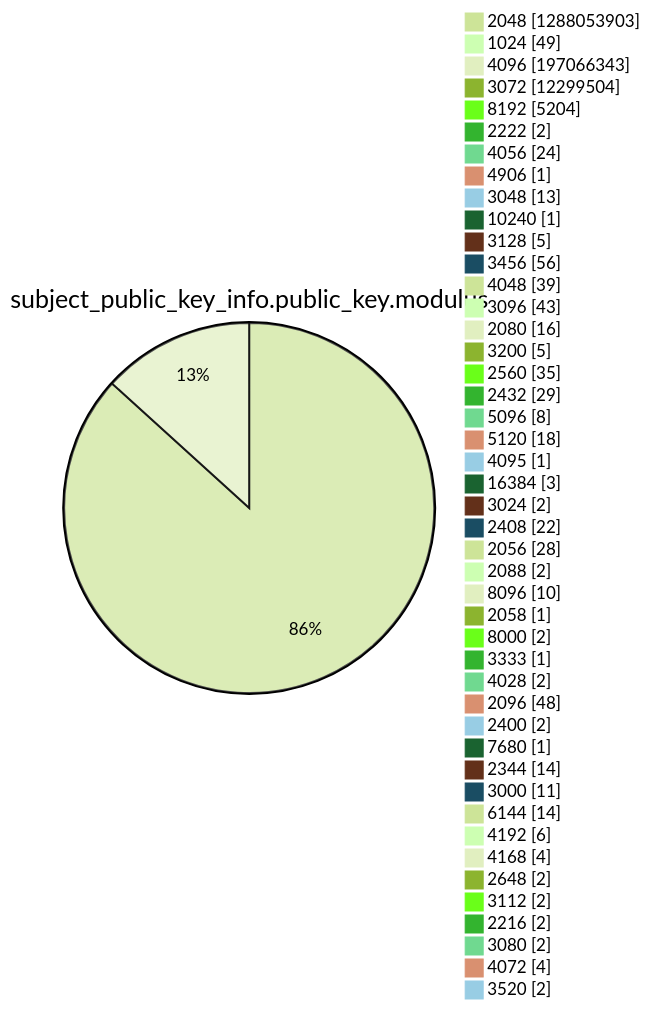
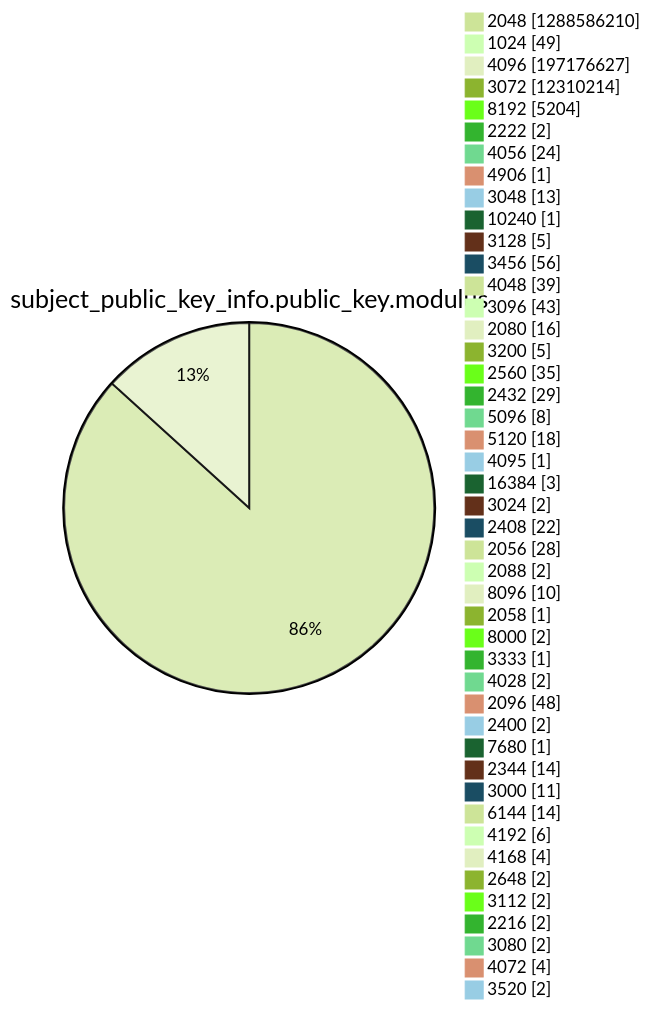
One commit to christiankrug/ctmonitor_visualization changed diagram 13 of 15 in xenon2022/README.md. Above: the diagram before and after it, drawn with Mermaid (forest theme). The commit also changed other lines of this file, not shown here.

````diff
--- a/xenon2022/README.md
+++ b/xenon2022/README.md
@@ -3920,49 +3921,49 @@
 ```mermaid
 pie showData
 title subject_public_key_info.public_key.modulus
-"2048" :1288053903
+"2048" :1288586210
 "1024" :49
-"4096" :197066343
-"3072" :12299504
+"4096" :197176627
+"3072" :12310214
 "8192" :5204
 "2222" :2
 "4056" :24
 "4906" :1
 "3048" :13
 "10240" :1
 "3128" :5
 "3456" :56
 "4048" :39
 "3096" :43
 "2080" :16
 "3200" :5
 "2560" :35
 "2432" :29
 "5096" :8
 "5120" :18
 "4095" :1
 "16384" :3
 "3024" :2
 "2408" :22
 "2056" :28
 "2088" :2
 "8096" :10
 "2058" :1
 "8000" :2
 "3333" :1
 "4028" :2
 "2096" :48
 "2400" :2
 "7680" :1
 "2344" :14
 "3000" :11
 "6144" :14
 "4192" :6
 "4168" :4
 "2648" :2
 "3112" :2
 "2216" :2
 "3080" :2
 "4072" :4
 "3520" :2
 ```
````
